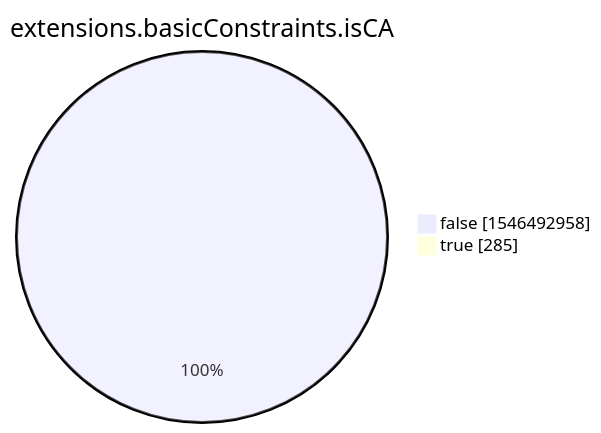
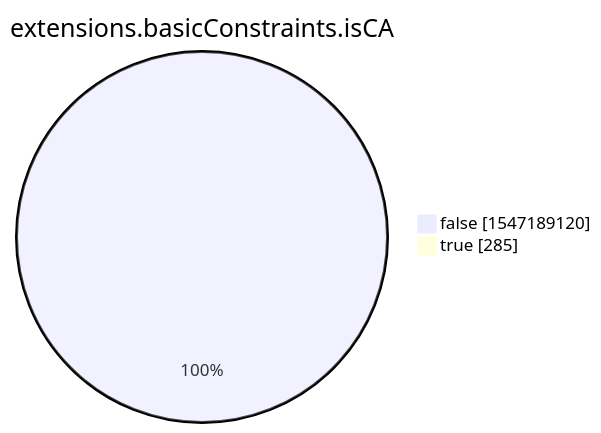
One commit to christiankrug/ctmonitor_visualization changed the eighth of 15 diagrams in xenon2022/README.md. Above: the diagram before and after it, drawn with Mermaid. The commit also changed other lines of this file, not shown here.

````diff
--- a/xenon2022/README.md
+++ b/xenon2022/README.md
@@ -2859,6 +2859,6 @@
 ```mermaid
 pie showData
 title extensions.basicConstraints.isCA
-"false" :1546492958
+"false" :1547189120
 "true" :285
 ```
````
